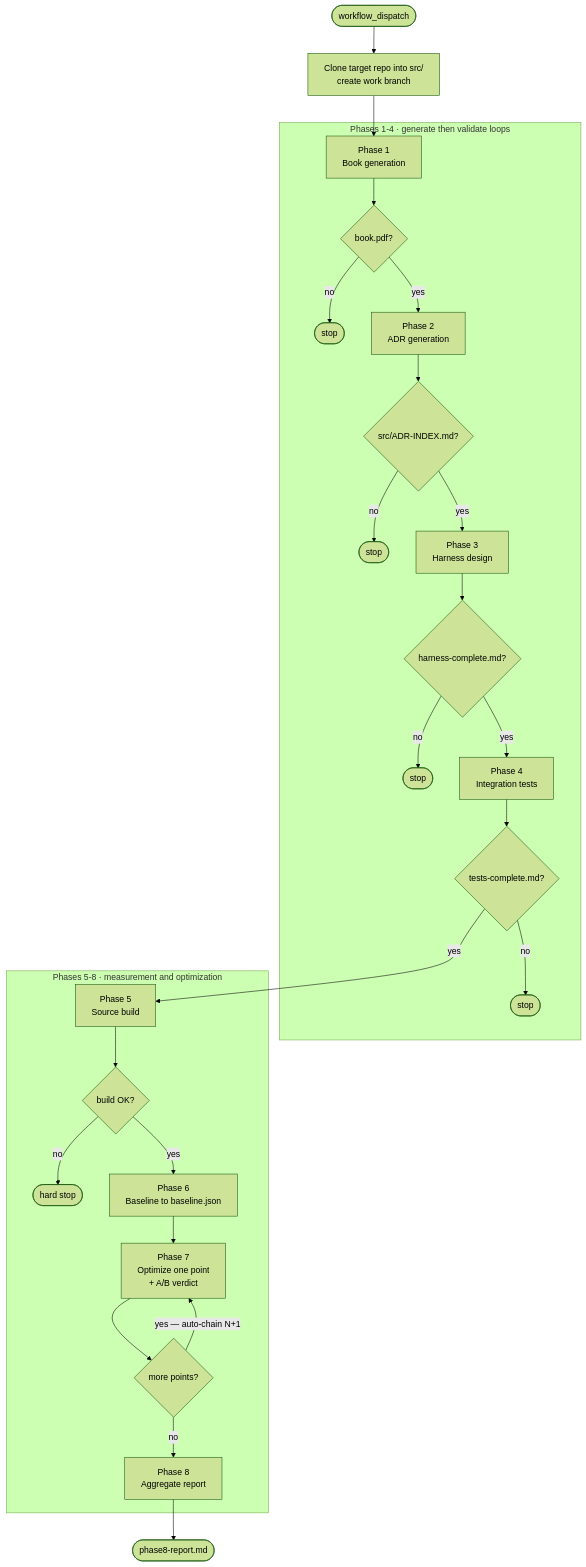
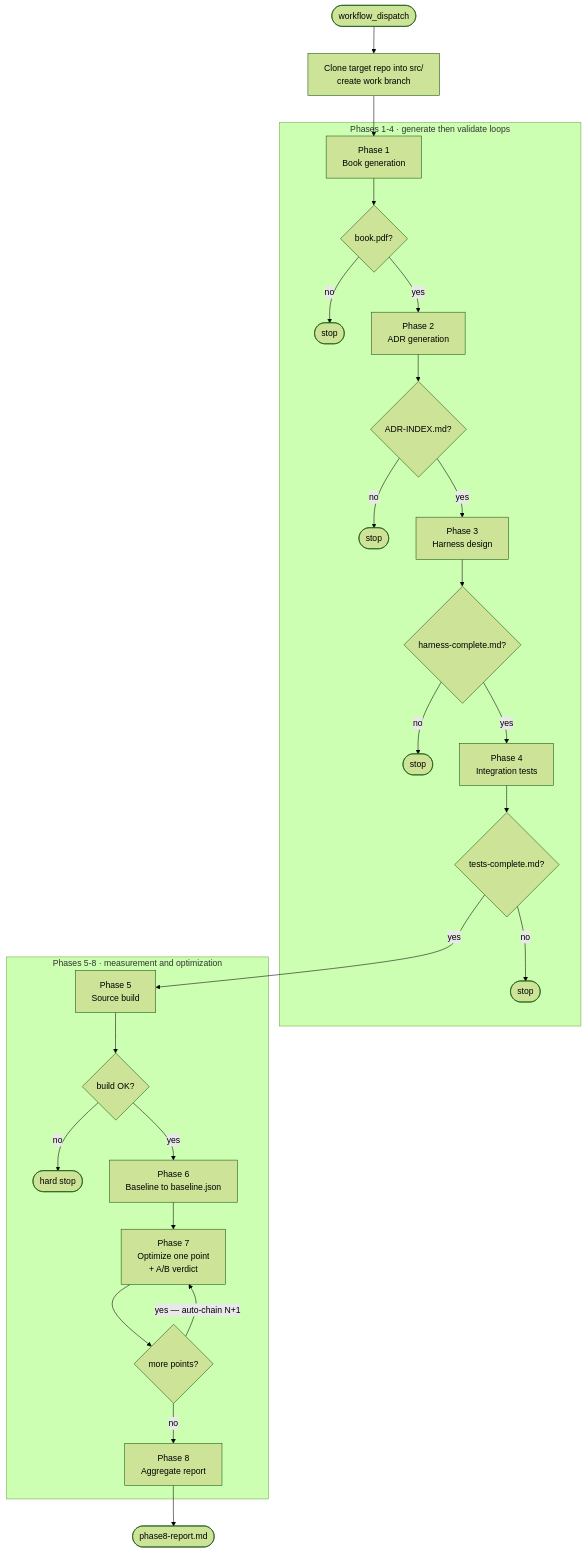
One commit to HighTech-Innovators/CodeWeave changed the first of 2 diagrams in docs/index.md. Above: the diagram before and after it, drawn with Mermaid (forest theme). The commit also changed other lines of this file and 26 other files, not shown here.

````diff
--- a/docs/index.md
+++ b/docs/index.md
@@ -35,29 +35,29 @@
 ```mermaid
 flowchart TD
     start(["workflow_dispatch"]) --> clone["Clone target repo into src/<br/>create work branch"]
     clone --> P1
     subgraph gen["Phases 1-4 · generate then validate loops"]
         P1["Phase 1<br/>Book generation"] --> P1g{"book.pdf?"}
         P1g -- no --> stop1(["stop"])
         P1g -- yes --> P2["Phase 2<br/>ADR generation"]
-        P2 --> P2g{"src/ADR-INDEX.md?"}
+        P2 --> P2g{"ADR-INDEX.md?"}
         P2g -- no --> stop2(["stop"])
         P2g -- yes --> P3["Phase 3<br/>Harness design"]
         P3 --> P3g{"harness-complete.md?"}
         P3g -- no --> stop3(["stop"])
         P3g -- yes --> P4["Phase 4<br/>Integration tests"]
         P4 --> P4g{"tests-complete.md?"}
         P4g -- no --> stop4(["stop"])
     end
     P4g -- yes --> P5["Phase 5<br/>Source build"]
     subgraph meas["Phases 5-8 · measurement and optimization"]
         P5 --> P5g{"build OK?"}
         P5g -- no --> stopb(["hard stop"])
         P5g -- yes --> P6["Phase 6<br/>Baseline to baseline.json"]
         P6 --> P7["Phase 7<br/>Optimize one point<br/>+ A/B verdict"]
         P7 --> P7c{"more points?"}
         P7c -- "yes — auto-chain N+1" --> P7
         P7c -- no --> P8["Phase 8<br/>Aggregate report"]
     end
     P8 --> done(["phase8-report.md"])
 ```
````
